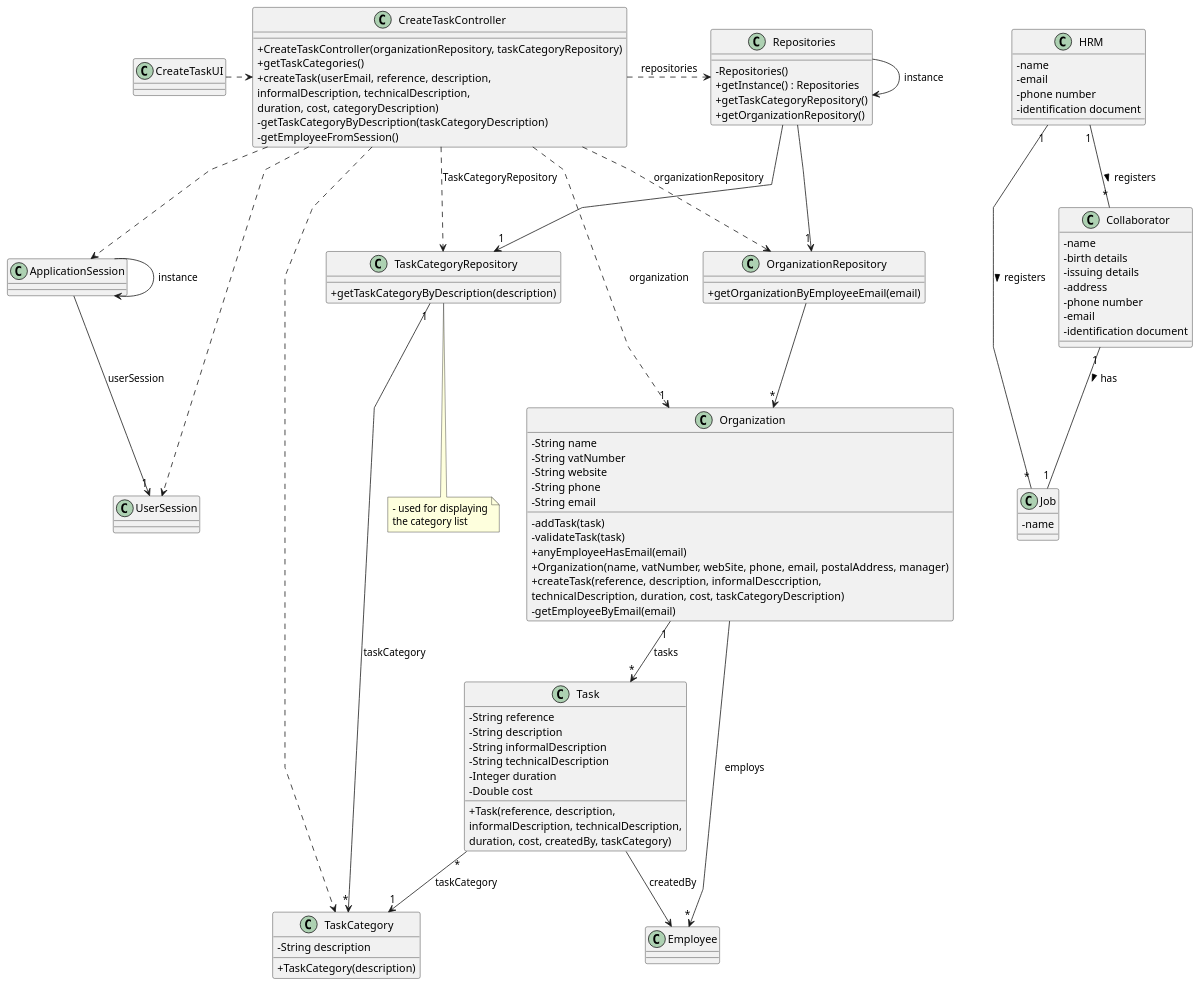
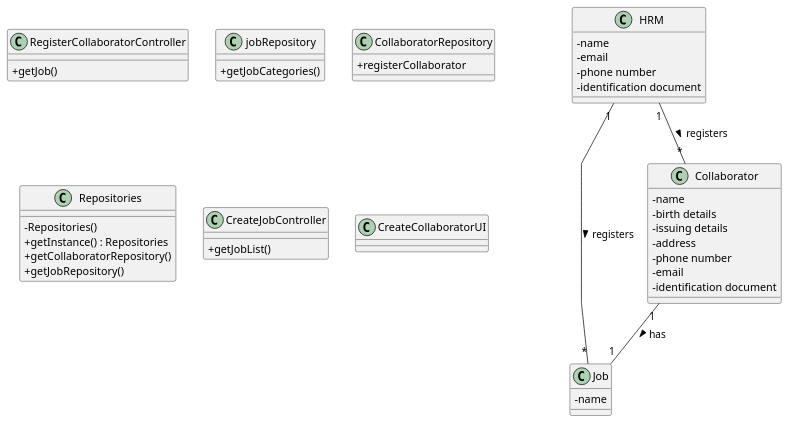
Before and after one commit to Departamento-de-Engenharia-Informatica/lei-24-s2-1dl-g121: the diagram in docs/sprintB/us003/03.design/puml/us003-class-diagram.puml, drawn with PlantUML. The commit also changed 2 other files, not shown here.

```diff
--- a/docs/sprintB/us003/03.design/puml/us003-class-diagram.puml
+++ b/docs/sprintB/us003/03.design/puml/us003-class-diagram.puml
@@ -1,137 +1,72 @@
 @startuml
 'skinparam monochrome true
 skinparam packageStyle rectangle
 skinparam shadowing false
 skinparam linetype polyline
 'skinparam linetype orto
 
 skinparam classAttributeIconSize 0
 
 'left to right direction
 'COLLABORATOR REPOSITORY JOB REPOSITORY
 
 class HRM{
     -name
     -email
     -phone number
     -identification document
 }
 
 
 class Job{
     -name
 }
 
 class Collaborator{
     -name
     -birth details
     -issuing details
     -address
     -phone number
     -email
     -identification document
 }
 
+class RegisterCollaboratorController{
+    +getJob()
 
-
-
-class Task {
-    - String reference
-    - String description
-    - String informalDescription
-    - String technicalDescription
-    - Integer duration
-    - Double cost
-
-    + Task(reference, description,\ninformalDescription, technicalDescription,\nduration, cost, createdBy, taskCategory)
 }
 
-class TaskCategory {
-    - String description
-
-    + TaskCategory(description)
+class jobRepository{
+    +getJobCategories()
 }
 
-class Organization {
-    - String name
-    - String vatNumber
-    - String website
-    - String phone
-    - String email
+class CollaboratorRepository{
 
-    - addTask(task)
-    - validateTask(task)
-    + anyEmployeeHasEmail(email)
-    + Organization(name, vatNumber, webSite, phone, email, postalAddress, manager)
-    + createTask(reference, description, informalDesccription,\ntechnicalDescription, duration, cost, taskCategoryDescription)
-    - getEmployeeByEmail(email)
-
-'  +saveTask(task)
+    +registerCollaborator
 }
 
-class TaskCategoryRepository {
-    + getTaskCategoryByDescription(description)
-}
-
-class OrganizationRepository {
-    + getOrganizationByEmployeeEmail(email)
-}
 
 class Repositories {
     - Repositories()
     + getInstance() : Repositories
-    + getTaskCategoryRepository()
-    + getOrganizationRepository()
+    + getCollaboratorRepository()
+    + getJobRepository()
 }
 
-class CreateTaskController {
-    + CreateTaskController(organizationRepository, taskCategoryRepository)
-    + getTaskCategories()
-    + createTask(userEmail, reference, description,\ninformalDescription, technicalDescription,\nduration, cost, categoryDescription)
-    - getTaskCategoryByDescription(taskCategoryDescription)
-    - getEmployeeFromSession()
+class CreateJobController {
+    + getJobList()
 }
 
 
-
-note bottom of TaskCategoryRepository
-    - used for displaying
-    the category list
-end note
-
-class CreateTaskUI {
+class CreateCollaboratorUI {
 }
 
-Repositories -> Repositories : instance
-ApplicationSession -> ApplicationSession : instance
+
 
 HRM "1" -- "*" Job : registers >
 HRM "1" -- "*" Collaborator : registers >
 Collaborator "1" -- "1" Job : has >
 
-CreateTaskUI .> CreateTaskController
-
-CreateTaskController .> Repositories : repositories
-
-Repositories -> "1" TaskCategoryRepository
-
-CreateTaskController ..> TaskCategory
-CreateTaskController ..> OrganizationRepository : organizationRepository
-CreateTaskController ..> TaskCategoryRepository : TaskCategoryRepository
-
-Repositories --> "1" OrganizationRepository
-
-OrganizationRepository --> "*" Organization
-ApplicationSession --> "1" UserSession : userSession
-
-CreateTaskController ..> "1" Organization : organization
-CreateTaskController ..> ApplicationSession
-CreateTaskController ..> UserSession
-Task "*" --> "1" TaskCategory : taskCategory
-TaskCategoryRepository "1" --> "*" TaskCategory : taskCategory
-Organization "1" --> "*" Task : tasks
-Task --> Employee : createdBy
-
-Organization --> "*" Employee : employs
 
 @enduml
```
